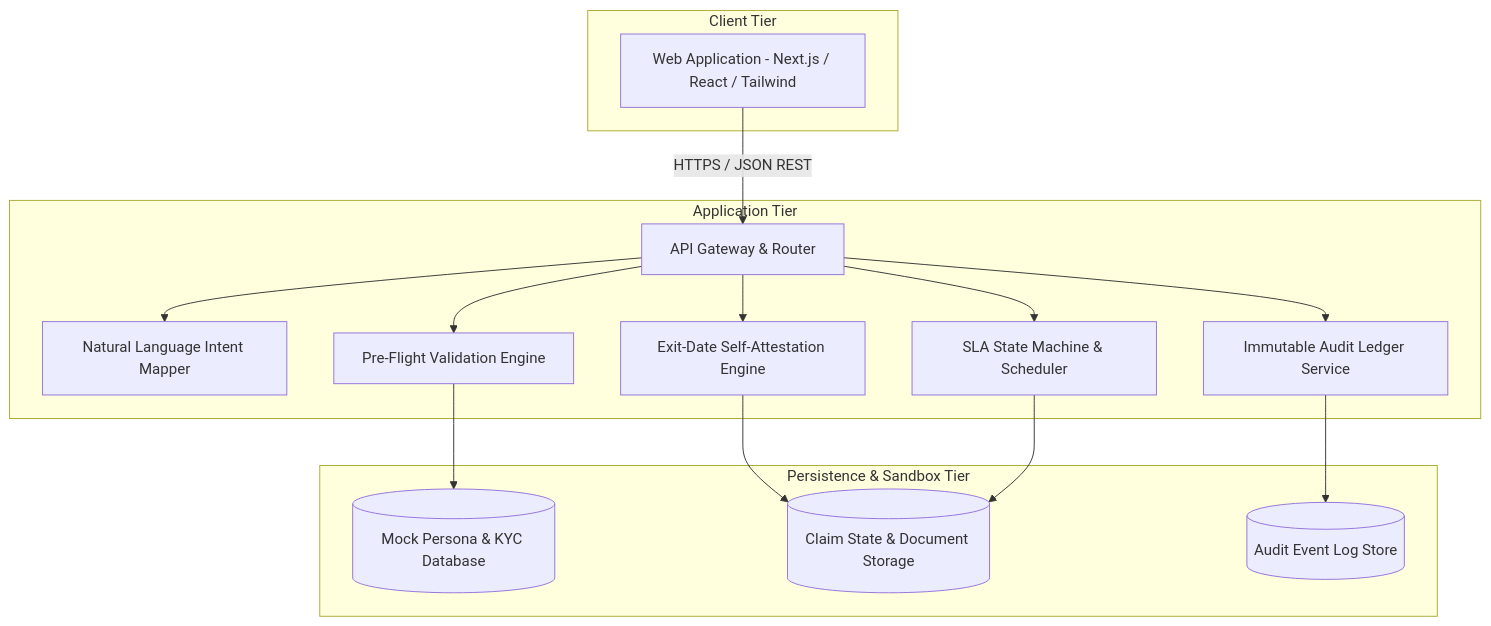
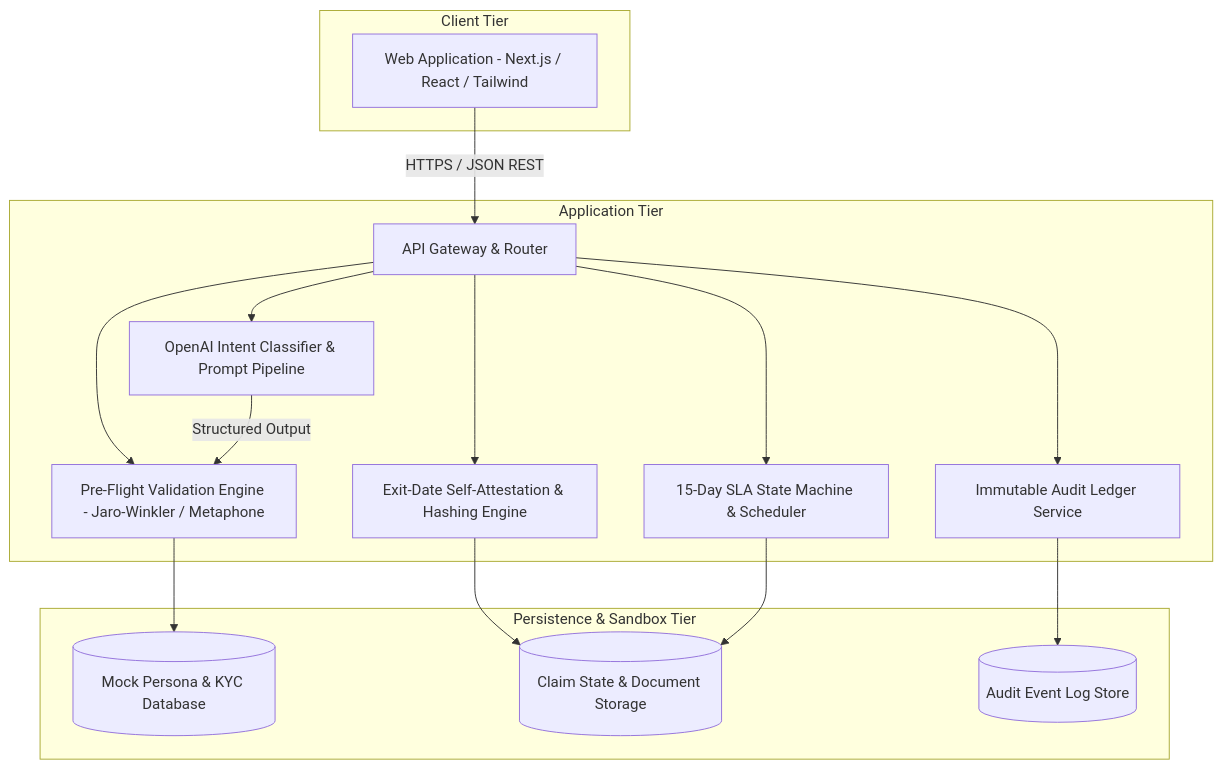
The second of 3 diagrams in docs/ARCHITECTURE.md (archittmittal/Nikaasi), drawn with Mermaid before and after one commit. The commit also changed other lines of this file and 3 other files, not shown here.

````diff
--- a/docs/ARCHITECTURE.md
+++ b/docs/ARCHITECTURE.md
@@ -45,33 +48,34 @@
 ```mermaid
 graph TD
     subgraph Client Tier
         WebClient[Web Application - Next.js / React / Tailwind]
     end
 
     subgraph Application Tier
         APIGateway[API Gateway & Router]
-        IntakeEngine[Natural Language Intent Mapper]
-        PreflightEngine[Pre-Flight Validation Engine]
-        AttestationEngine[Exit-Date Self-Attestation Engine]
-        SLAMachine[SLA State Machine & Scheduler]
+        IntakeEngine[OpenAI Intent Classifier & Prompt Pipeline]
+        PreflightEngine[Pre-Flight Validation Engine - Jaro-Winkler / Metaphone]
+        AttestationEngine[Exit-Date Self-Attestation & Hashing Engine]
+        SLAMachine[15-Day SLA State Machine & Scheduler]
         AuditLogger[Immutable Audit Ledger Service]
     end
 
     subgraph Persistence & Sandbox Tier
         PersonaStore[(Mock Persona & KYC Database)]
         ClaimStore[(Claim State & Document Storage)]
         EventStore[(Audit Event Log Store)]
     end
 
     WebClient -->|HTTPS / JSON REST| APIGateway
     APIGateway --> IntakeEngine
     APIGateway --> PreflightEngine
     APIGateway --> AttestationEngine
     APIGateway --> SLAMachine
     APIGateway --> AuditLogger
 
+    IntakeEngine -->|Structured Output| PreflightEngine
     PreflightEngine --> PersonaStore
     AttestationEngine --> ClaimStore
     SLAMachine --> ClaimStore
     AuditLogger --> EventStore
 ```
````
